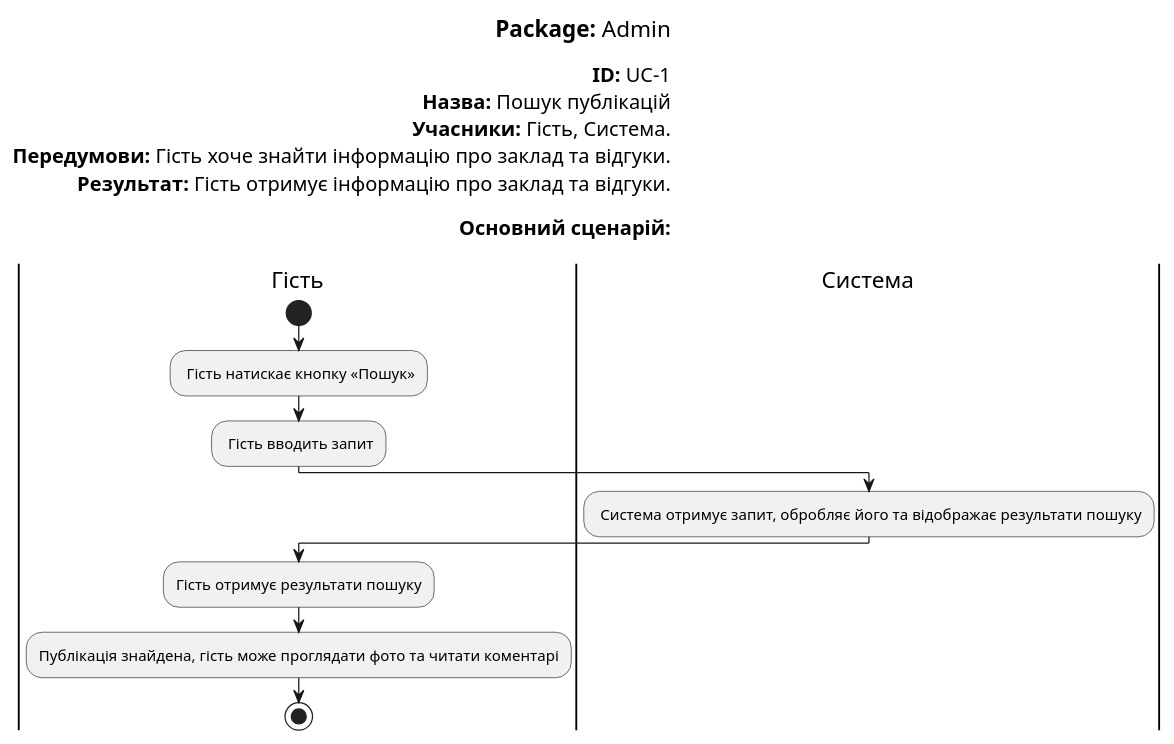
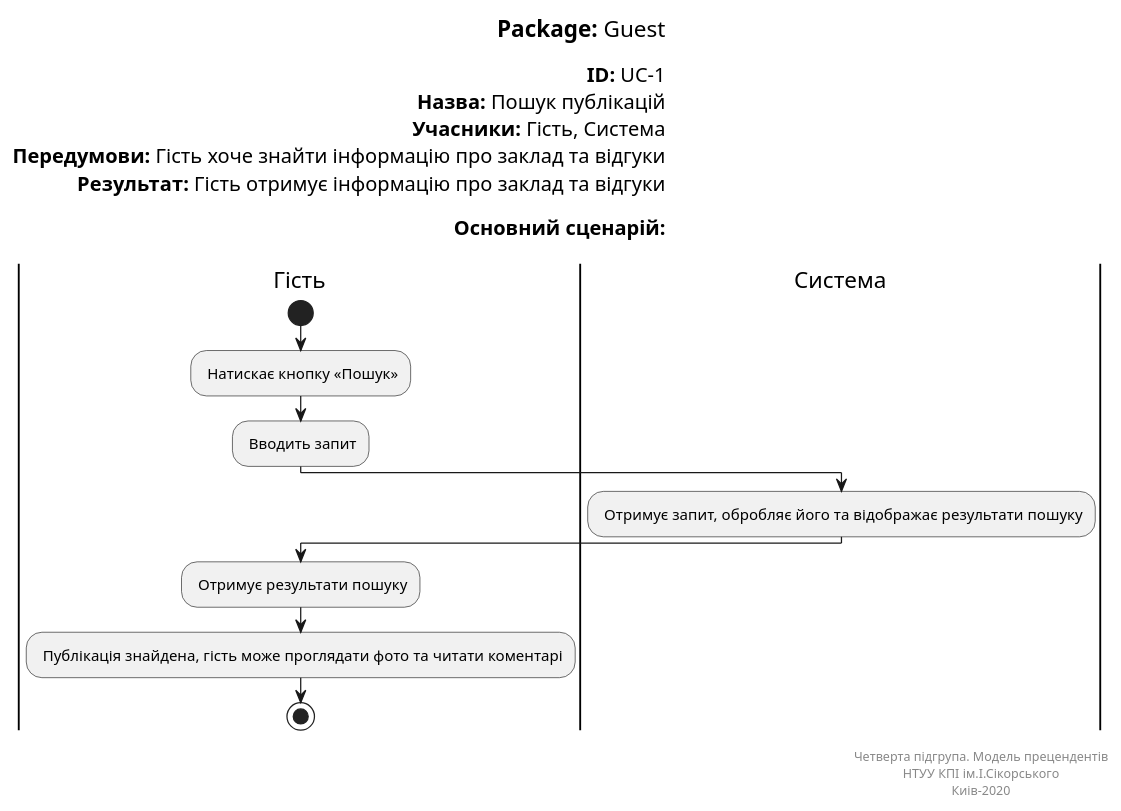
The diagram in UML/guest/Diagrams/UC1.pu (yehorbk/kpi-programming), drawn with PlantUML before and after one commit.

Commit message:
guest UC1 updated

```diff
--- a/UML/guest/Diagrams/UC1.pu
+++ b/UML/guest/Diagrams/UC1.pu
@@ -1,31 +1,36 @@
 @startuml
 left header
-<font color=000 size=18><b>Package:</b> Admin
+<font color=000 size=18><b>Package:</b> Guest
 
 <font color=000 size=16><b>ID:</b> UC-1
 <font color=000 size=16><b>Назва:</b> Пошук публікацій
-<font color=000 size=16><b>Учасники:</b> Гість, Система.
-<font color=000 size=16><b>Передумови:</b> Гість хоче знайти інформацію про заклад та відгуки.
-<font color=000 size=16><b>Результат:</b> Гість отримує інформацію про заклад та відгуки.
+<font color=000 size=16><b>Учасники:</b> Гість, Система
+<font color=000 size=16><b>Передумови:</b> Гість хоче знайти інформацію про заклад та відгуки
+<font color=000 size=16><b>Результат:</b> Гість отримує інформацію про заклад та відгуки
 
 <font color=000 size=16><b>Основний сценарій:</b>
 
 end header
 
 |Гість|
 start
-: Гість натискає кнопку «Пошук»;
+: Натискає кнопку «Пошук»;
 
-: Гість вводить запит;
+: Вводить запит;
 
 
 |Система|
-: Система отримує запит, обробляє його та відображає результати пошуку;
+: Отримує запит, обробляє його та відображає результати пошуку;
 
 |Гість|
-:Гість отримує результати пошуку;
+: Отримує результати пошуку;
+: Публікація знайдена, гість може проглядати фото та читати коментарі;
+stop;
 
-:Публікація знайдена, гість може проглядати фото та читати коментарі;
+right footer
 
-stop;
+Четверта підгрупа. Модель прецендентів
+НТУУ КПІ ім.І.Сікорського
+Киів-2020
+end footer
 @enduml
```
